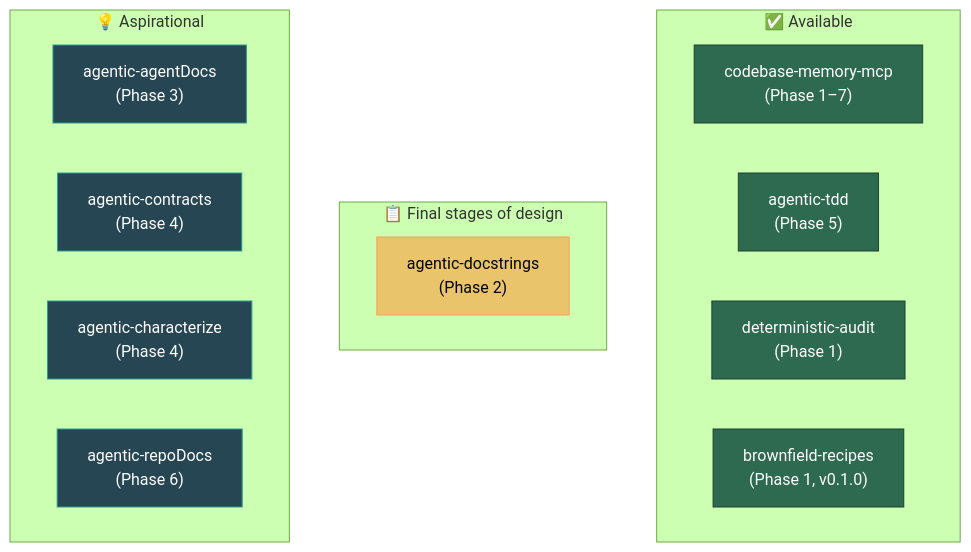
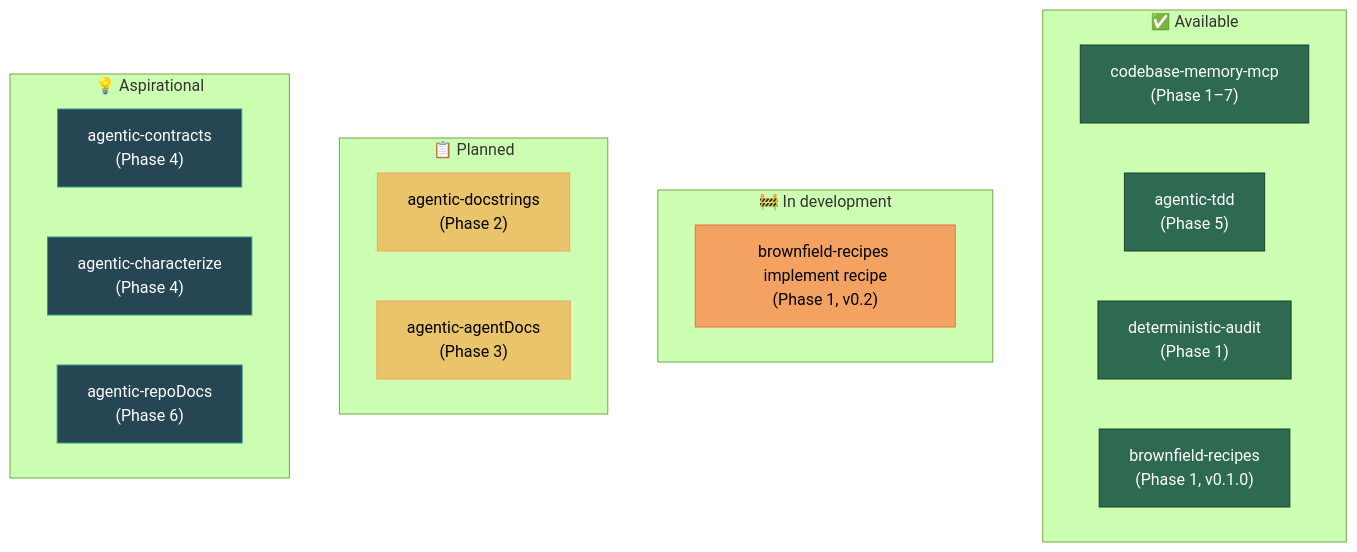
Before and after one commit to Nistapp/codebase-agentic-readiness-framework: the second of 2 diagrams in shared/Tool-Ecosystem.md, drawn with Mermaid (forest theme). The commit also changed other lines of this file and 1 other file, not shown here.

Commit message:
docs(shared): say the implement recipe is in development, align the tool maps, link the two repositories
Closes review rows A1, A2, B9, B10. Tool-Ecosystem gets a 🚧 row for the implement recipe and one status each for
agentic-docstrings and agentic-agentDocs in the table and the map; References links agentic-tdd and codebase-memory-mcp.

Roadmap-Step: MR01.2

````diff
--- a/shared/Tool-Ecosystem.md
+++ b/shared/Tool-Ecosystem.md
@@ -85,28 +86,32 @@
 ```mermaid
 graph TB
     subgraph "✅ Available"
         T1["codebase-memory-mcp\n(Phase 1–7)"]
         T2["agentic-tdd\n(Phase 5)"]
         T8["deterministic-audit\n(Phase 1)"]
         T9["brownfield-recipes\n(Phase 1, v0.1.0)"]
     end
-    subgraph "📋 Final stages of design"
+    subgraph "🚧 In development"
+        T10["brownfield-recipes implement recipe\n(Phase 1, v0.2)"]
+    end
+    subgraph "📋 Planned"
         T3["agentic-docstrings\n(Phase 2)"]
+        T4["agentic-agentDocs\n(Phase 3)"]
     end
     subgraph "💡 Aspirational"
-        T4["agentic-agentDocs\n(Phase 3)"]
         T5["agentic-contracts\n(Phase 4)"]
         T6["agentic-characterize\n(Phase 4)"]
         T7["agentic-repoDocs\n(Phase 6)"]
     end
 
     style T1 fill:#2d6a4f,stroke:#1b4332,color:#fff
     style T2 fill:#2d6a4f,stroke:#1b4332,color:#fff
     style T8 fill:#2d6a4f,stroke:#1b4332,color:#fff
     style T9 fill:#2d6a4f,stroke:#1b4332,color:#fff
+    style T10 fill:#f4a261,stroke:#e76f51,color:#000
     style T3 fill:#e9c46a,stroke:#f4a261,color:#000
-    style T4 fill:#264653,stroke:#2a9d8f,color:#fff
+    style T4 fill:#e9c46a,stroke:#f4a261,color:#000
     style T5 fill:#264653,stroke:#2a9d8f,color:#fff
     style T6 fill:#264653,stroke:#2a9d8f,color:#fff
     style T7 fill:#264653,stroke:#2a9d8f,color:#fff
 ```
````
